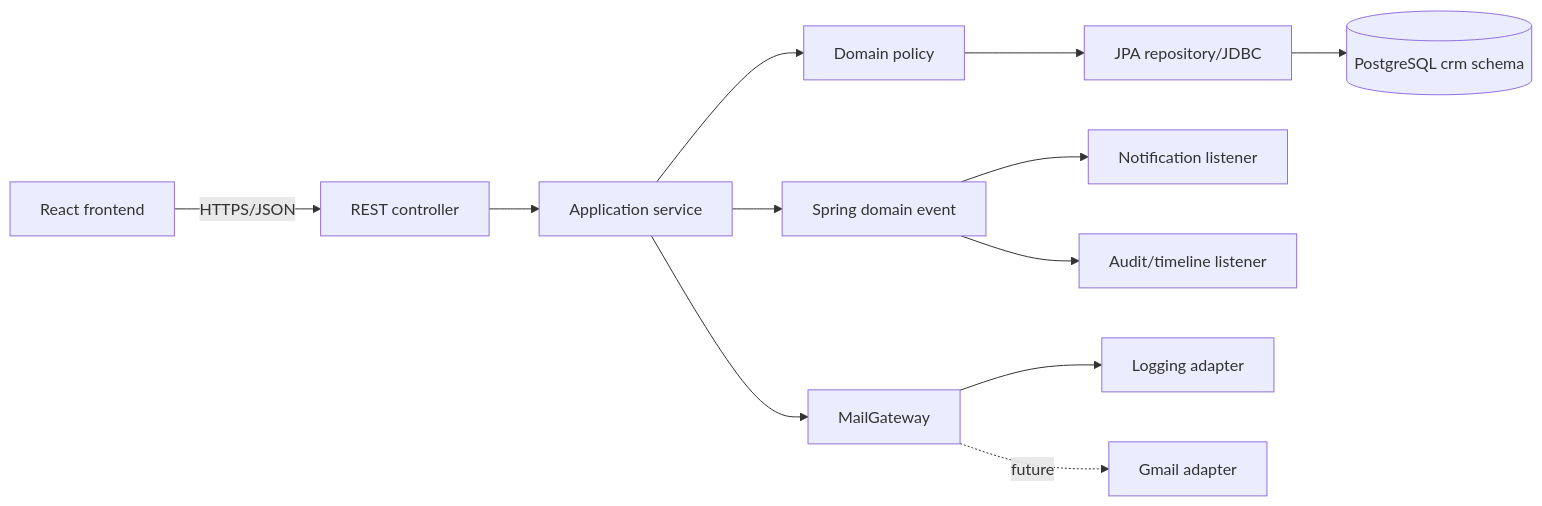
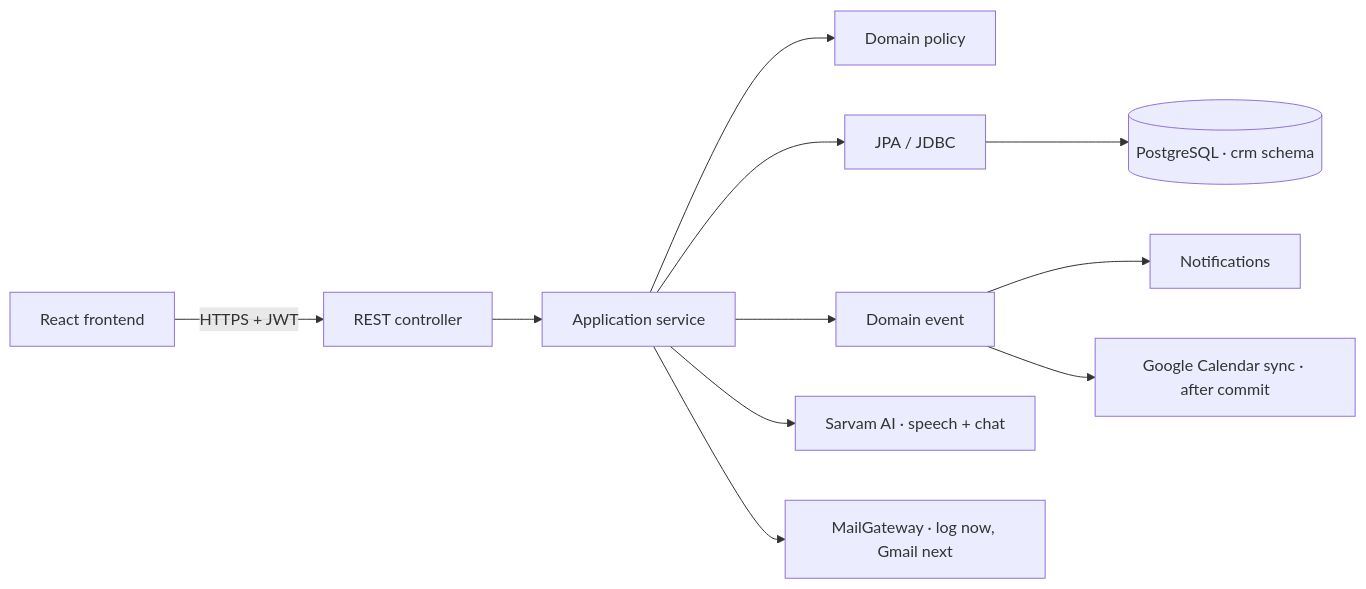
One commit to Isodynamicakash/Crm_Prosperr_backend changed the second of 7 diagrams in README.md. Above: the diagram before and after it, drawn with Mermaid. The commit also changed other lines of this file, not shown here.

````diff
--- a/README.md
+++ b/README.md
@@ -113,14 +106,13 @@
 ```mermaid
 flowchart LR
-  React[React frontend] -->|HTTPS/JSON| Controller[REST controller]
+  React[React frontend] -->|HTTPS + JWT| Controller[REST controller]
   Controller --> Service[Application service]
   Service --> Policy[Domain policy]
-  Policy --> Infra[JPA repository/JDBC]
-  Infra --> DB[(PostgreSQL crm schema)]
-  Service --> Event[Spring domain event]
-  Event --> Notification[Notification listener]
-  Event --> Audit[Audit/timeline listener]
-  Service --> Mail[MailGateway]
-  Mail --> Log[Logging adapter]
-  Mail -. future .-> Gmail[Gmail adapter]
+  Service --> Repo[JPA / JDBC]
+  Repo --> DB[(PostgreSQL · crm schema)]
+  Service --> Event[Domain event]
+  Event --> Notify[Notifications]
+  Event --> Calendar[Google Calendar sync · after commit]
+  Service --> AI[Sarvam AI · speech + chat]
+  Service --> Mail[MailGateway · log now, Gmail next]
 ```
````
